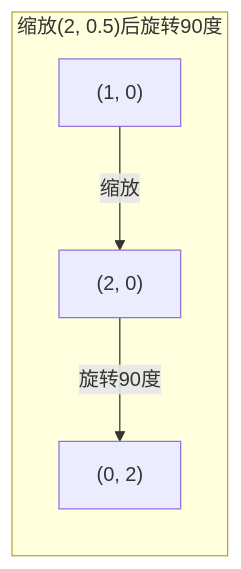
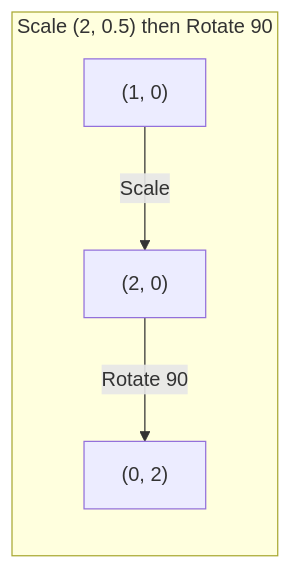
The seventh of 7 diagrams in i18n/zh/phases/01-math-foundations/03-matrix-transformations/docs/zh.md (xiaojiaenen/ai-engineering-from-scratch-zh), drawn with Mermaid before and after one commit. The commit also changed other lines of this file and 22 other files, not shown here.

````diff
--- a/i18n/zh/phases/01-math-foundations/03-matrix-transformations/docs/zh.md
+++ b/i18n/zh/phases/01-math-foundations/03-matrix-transformations/docs/zh.md
@@ -164,6 +164,6 @@
 ```mermaid
 graph LR
-    subgraph Path2["缩放(2, 0.5)后旋转90度"]
-        Q1["(1, 0)"] -->|"缩放"| Q2["(2, 0)"] -->|"旋转90度"| Q3["(0, 2)"]
+    subgraph Path2["Scale (2, 0.5) then Rotate 90"]
+        Q1["(1, 0)"] -->|"Scale"| Q2["(2, 0)"] -->|"Rotate 90"| Q3["(0, 2)"]
     end
 ```
````
